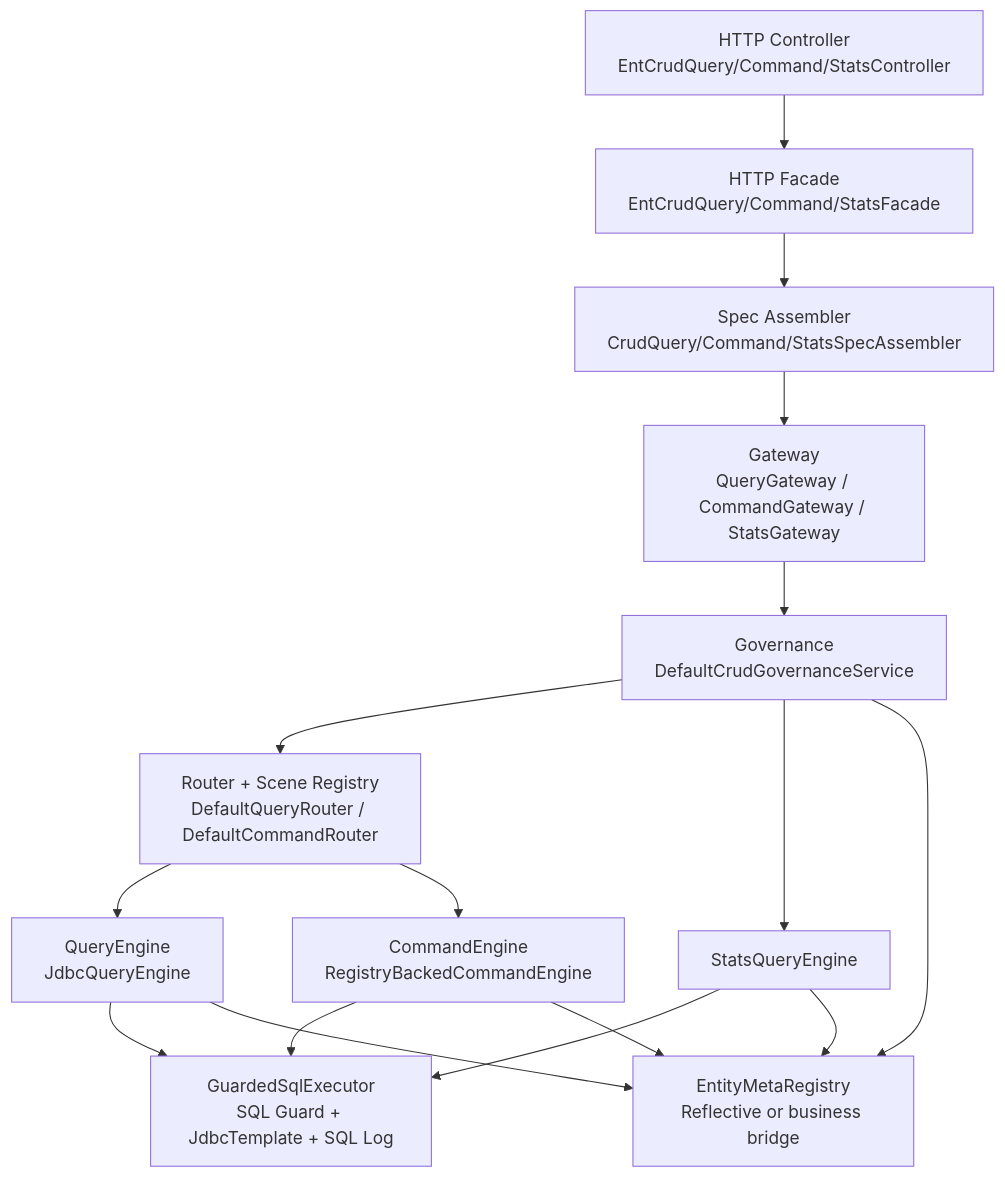
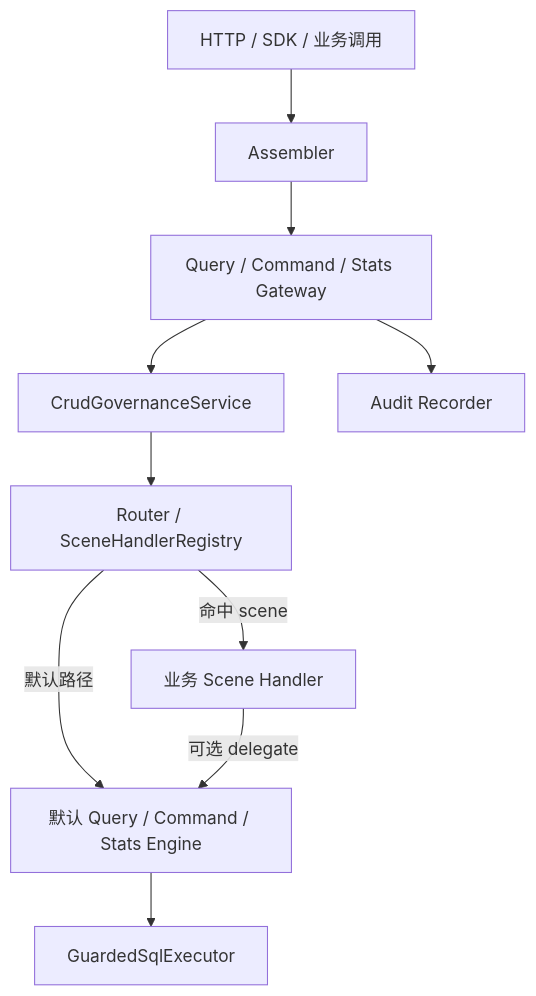
One commit to ent-loom/ent-loom changed the diagram in docs/architecture/components/crud/runtime-architecture.md. Above: the diagram before and after it, drawn with Mermaid. The commit also changed other lines of this file and 37 other files, not shown here.

````diff
--- a/docs/architecture/components/crud/runtime-architecture.md
+++ b/docs/architecture/components/crud/runtime-architecture.md
@@ -10,28 +8,19 @@
 ```mermaid
 flowchart TB
-    http["HTTP Controller<br/>EntCrudQuery/Command/StatsController"]
-    facade["HTTP Facade<br/>EntCrudQuery/Command/StatsFacade"]
-    assembler["Spec Assembler<br/>CrudQuery/Command/StatsSpecAssembler"]
-    gateway["Gateway<br/>QueryGateway / CommandGateway / StatsGateway"]
-    governance["Governance<br/>DefaultCrudGovernanceService"]
-    router["Router + Scene Registry<br/>DefaultQueryRouter / DefaultCommandRouter"]
-    statsEngine["StatsQueryEngine"]
-    queryEngine["QueryEngine<br/>JdbcQueryEngine"]
-    commandEngine["CommandEngine<br/>RegistryBackedCommandEngine"]
-    jdbc["GuardedSqlExecutor<br/>SQL Guard + JdbcTemplate + SQL Log"]
-    meta["EntityMetaRegistry<br/>Reflective or business bridge"]
+    caller["HTTP / SDK / 业务调用"]
+    assembler["Assembler"]
+    gateway["Query / Command / Stats Gateway"]
+    governance["CrudGovernanceService"]
+    router["Router / SceneHandlerRegistry"]
+    handler["业务 Scene Handler"]
+    engine["默认 Query / Command / Stats Engine"]
+    sql["GuardedSqlExecutor"]
+    audit["Audit Recorder"]
 
-    http --> facade --> assembler --> gateway
-    gateway --> governance
-    governance --> router
-    governance --> statsEngine
-    router --> queryEngine
-    router --> commandEngine
-    statsEngine --> jdbc
-    queryEngine --> jdbc
-    commandEngine --> jdbc
-    queryEngine --> meta
-    commandEngine --> meta
-    statsEngine --> meta
-    governance --> meta
+    caller --> assembler --> gateway --> governance --> router
+    router -->|命中 scene| handler
+    router -->|默认路径| engine
+    handler -->|可选 delegate| engine
+    engine --> sql
+    gateway --> audit
 ```
````
